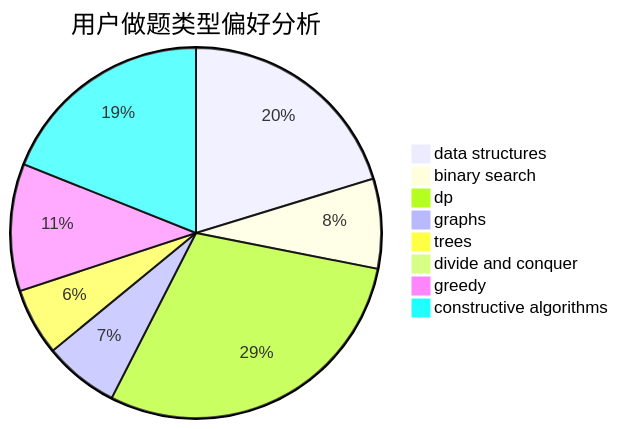
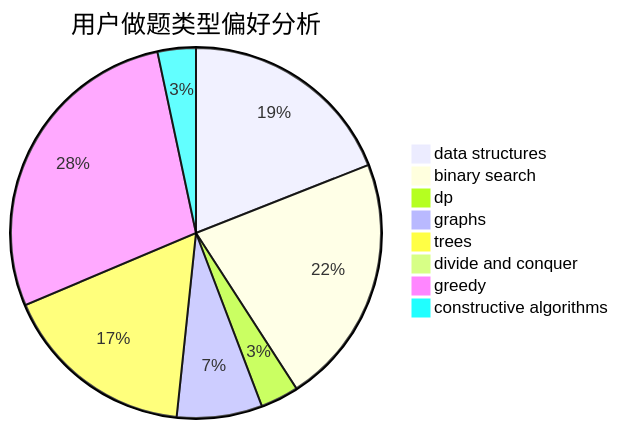
One commit to sherpahu/cfrs.github.io changed the second of 3 diagrams in docs/user/u1633.md. Above: the diagram before and after it, drawn with Mermaid. The commit also changed other lines of this file and 2770 other files, not shown here.

````diff
--- a/docs/user/u1633.md
+++ b/docs/user/u1633.md
@@ -23,11 +23,11 @@
 ```mermaid
 pie title 用户做题类型偏好分析
-    "data structures" :  31
-    "binary search" :  12
-    "dp" :  45
-    "graphs" :  10
-    "trees" :  9
-    "divide and conquer" :  0
-    "greedy" :  17
-    "constructive algorithms" :  29
+    "data structures" :  74
+    "binary search" :  85
+    "dp" :  13
+    "graphs" :  29
+    "trees" :  66
+    "divide and conquer" :  1
+    "greedy" :  109
+    "constructive algorithms" :  13
 ```
````
